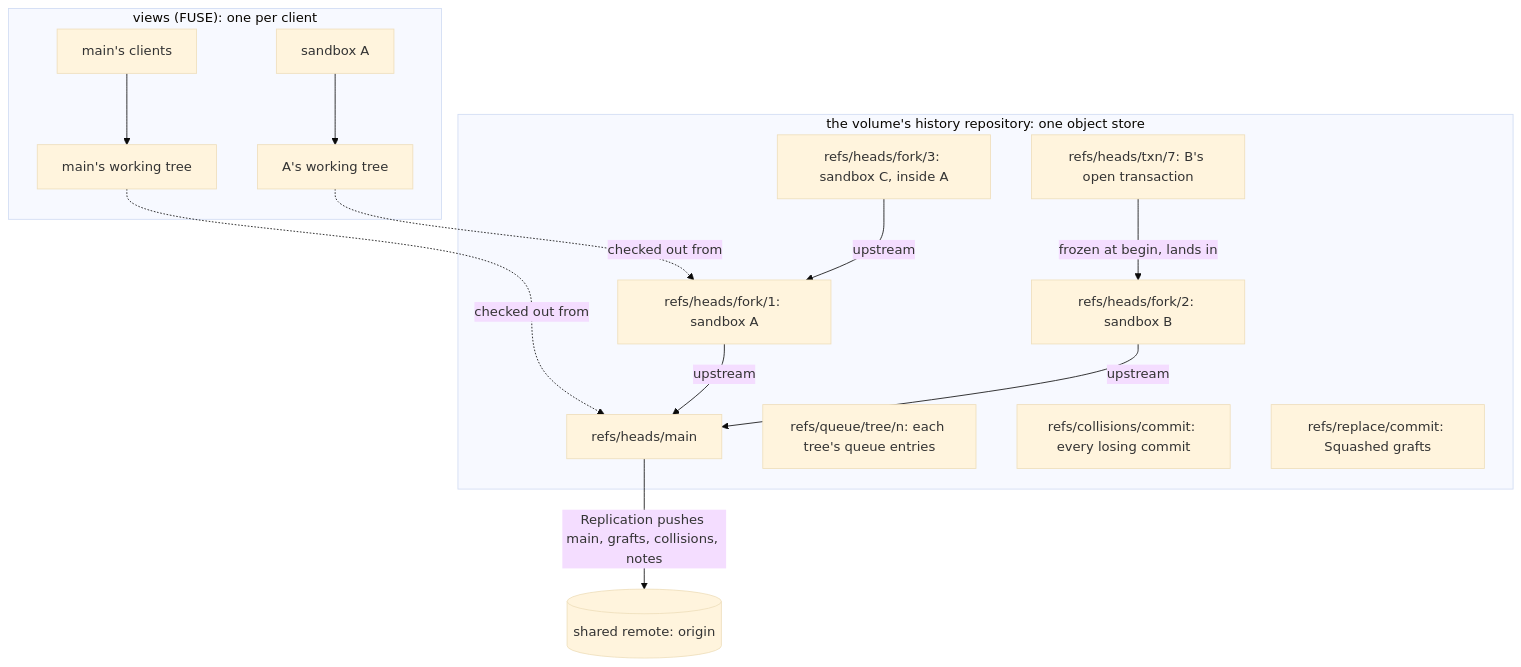
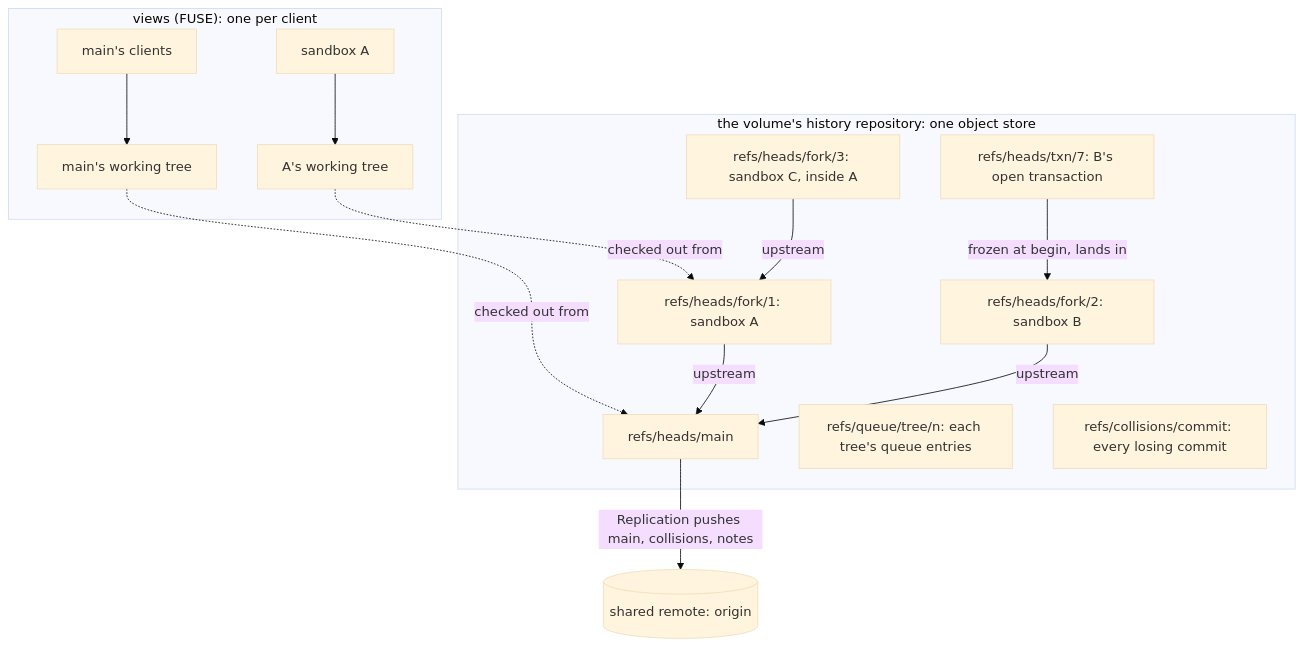
One commit to mcurcio/agentfs changed the first of 7 diagrams in docs/target-architecture/git-model.md. Above: the diagram before and after it, drawn with Mermaid (base theme). The commit also changed other lines of this file and 8 other files, not shown here.

````diff
--- a/docs/target-architecture/git-model.md
+++ b/docs/target-architecture/git-model.md
@@ -45,24 +45,23 @@
 ```mermaid
 flowchart TB
   subgraph R["the volume's history repository: one object store"]
     M["refs/heads/main"]
     F1["refs/heads/fork/1: sandbox A"]
     F2["refs/heads/fork/2: sandbox B"]
     F3["refs/heads/fork/3: sandbox C, inside A"]
     T7["refs/heads/txn/7: B's open transaction"]
     Q["refs/queue/tree/n: each tree's queue entries"]
     X["refs/collisions/commit: every losing commit"]
-    G["refs/replace/commit: Squashed grafts"]
   end
   F1 -- "upstream" --> M
   F2 -- "upstream" --> M
   F3 -- "upstream" --> F1
   T7 -- "frozen at begin, lands in" --> F2
-  M -- "Replication pushes main, grafts, collisions, notes" --> O[("shared remote: origin")]
+  M -- "Replication pushes main, collisions, notes" --> O[("shared remote: origin")]
   subgraph V["views (FUSE): one per client"]
     VM["main's clients"] --> WM["main's working tree"]
     VA["sandbox A"] --> WA["A's working tree"]
   end
   WM -. "checked out from" .-> M
   WA -. "checked out from" .-> F1
 ```
````
